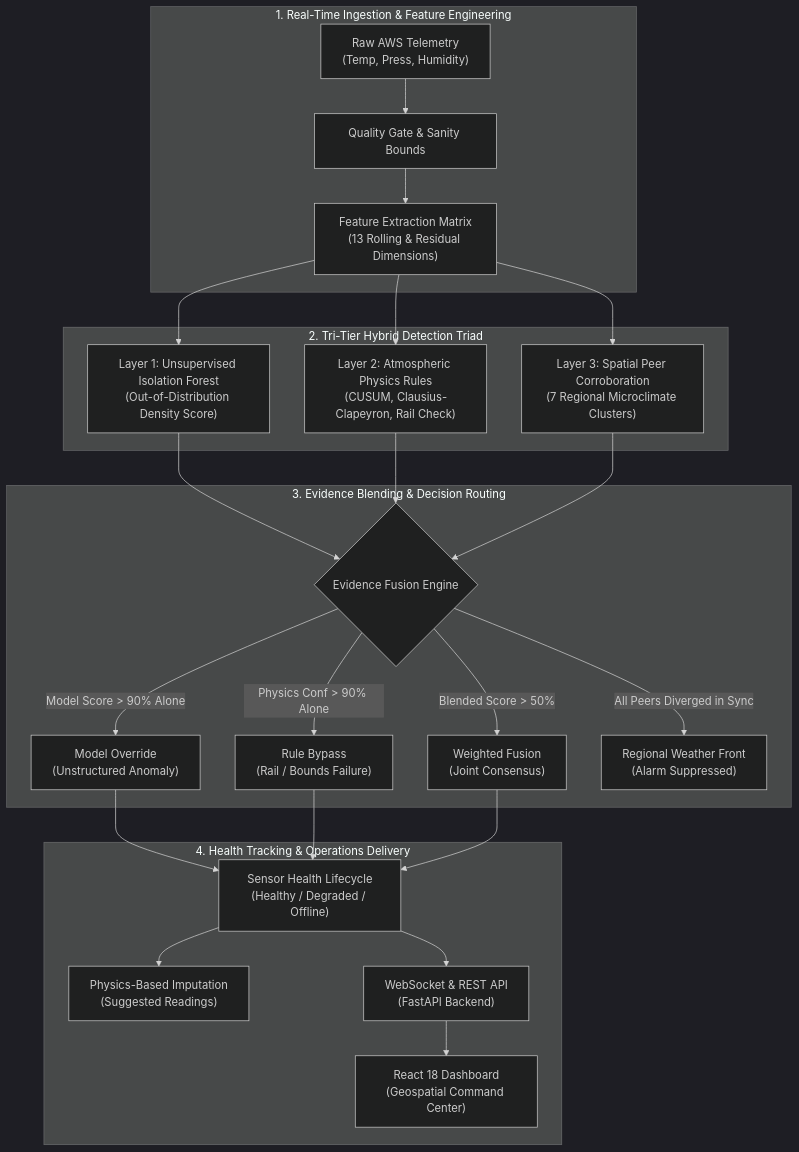
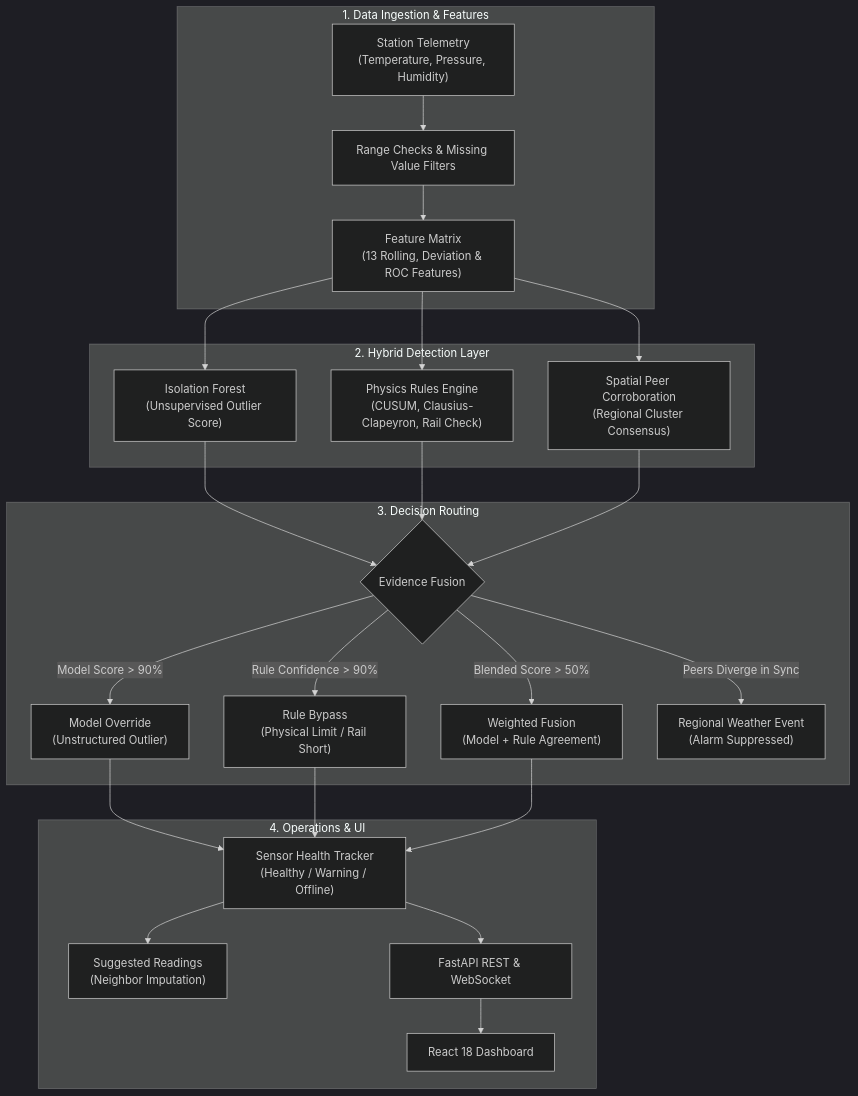
One commit to inf-pranjal-01/HELL-TO-SKY changed the first of 2 diagrams in README.md. Above: the diagram before and after it, drawn with Mermaid (dark theme). The commit also changed other lines of this file, not shown here.

First line of the commit message:
docs: revise README with grounded architecture and benchmark metrics

````diff
--- a/README.md
+++ b/README.md
@@ -77,32 +77,32 @@
 ```mermaid
 flowchart TD
-    subgraph Ingestion ["1. Real-Time Ingestion & Feature Engineering"]
-        RAW["Raw AWS Telemetry<br/>(Temp, Press, Humidity)"] --> QC["Quality Gate & Sanity Bounds"]
-        QC --> FEAT["Feature Extraction Matrix<br/>(13 Rolling & Residual Dimensions)"]
+    subgraph Ingestion ["1. Data Ingestion & Features"]
+        RAW["Station Telemetry<br/>(Temperature, Pressure, Humidity)"] --> QC["Range Checks & Missing Value Filters"]
+        QC --> FEAT["Feature Matrix<br/>(13 Rolling, Deviation & ROC Features)"]
     end
 
-    subgraph Detection ["2. Tri-Tier Hybrid Detection Triad"]
-        FEAT --> IF["Layer 1: Unsupervised Isolation Forest<br/>(Out-of-Distribution Density Score)"]
-        FEAT --> PHYS["Layer 2: Atmospheric Physics Rules<br/>(CUSUM, Clausius-Clapeyron, Rail Check)"]
-        FEAT --> SPAT["Layer 3: Spatial Peer Corroboration<br/>(7 Regional Microclimate Clusters)"]
+    subgraph Detection ["2. Hybrid Detection Layer"]
+        FEAT --> IF["Isolation Forest<br/>(Unsupervised Outlier Score)"]
+        FEAT --> RULES["Physics Rules Engine<br/>(CUSUM, Clausius-Clapeyron, Rail Check)"]
+        FEAT --> SPATIAL["Spatial Peer Corroboration<br/>(Regional Cluster Consensus)"]
     end
 
-    subgraph Fusion ["3. Evidence Blending & Decision Routing"]
-        IF --> FUSE{"Evidence Fusion Engine"}
-        PHYS --> FUSE
-        SPAT --> FUSE
-        FUSE -->|Model Score > 90% Alone| MO["Model Override<br/>(Unstructured Anomaly)"]
-        FUSE -->|Physics Conf > 90% Alone| RB["Rule Bypass<br/>(Rail / Bounds Failure)"]
-        FUSE -->|Blended Score > 50%| WF["Weighted Fusion<br/>(Joint Consensus)"]
-        FUSE -->|All Peers Diverged in Sync| REG["Regional Weather Front<br/>(Alarm Suppressed)"]
+    subgraph Fusion ["3. Decision Routing"]
+        IF --> FUSE{"Evidence Fusion"}
+        RULES --> FUSE
+        SPATIAL --> FUSE
+        FUSE -->|Model Score > 90%| MO["Model Override<br/>(Unstructured Outlier)"]
+        FUSE -->|Rule Confidence > 90%| RB["Rule Bypass<br/>(Physical Limit / Rail Short)"]
+        FUSE -->|Blended Score > 50%| WF["Weighted Fusion<br/>(Model + Rule Agreement)"]
+        FUSE -->|Peers Diverge in Sync| REG["Regional Weather Event<br/>(Alarm Suppressed)"]
     end
 
-    subgraph Delivery ["4. Health Tracking & Operations Delivery"]
-        MO --> STATE["Sensor Health Lifecycle<br/>(Healthy / Degraded / Offline)"]
-        RB --> STATE
-        WF --> STATE
-        STATE --> IMP["Physics-Based Imputation<br/>(Suggested Readings)"]
-        STATE --> WS["WebSocket & REST API<br/>(FastAPI Backend)"]
-        WS --> UI["React 18 Dashboard<br/>(Geospatial Command Center)"]
+    subgraph Output ["4. Operations & UI"]
+        MO --> HEALTH["Sensor Health Tracker<br/>(Healthy / Warning / Offline)"]
+        RB --> HEALTH
+        WF --> HEALTH
+        HEALTH --> IMP["Suggested Readings<br/>(Neighbor Imputation)"]
+        HEALTH --> API["FastAPI REST & WebSocket"]
+        API --> UI["React 18 Dashboard"]
     end
 ```
````
